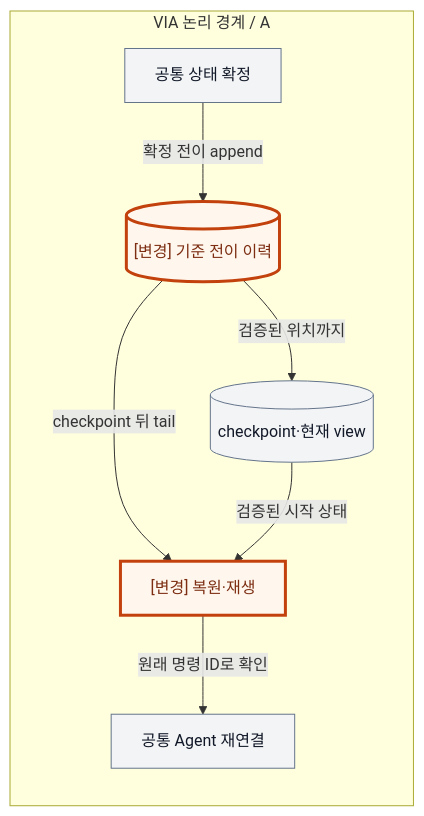
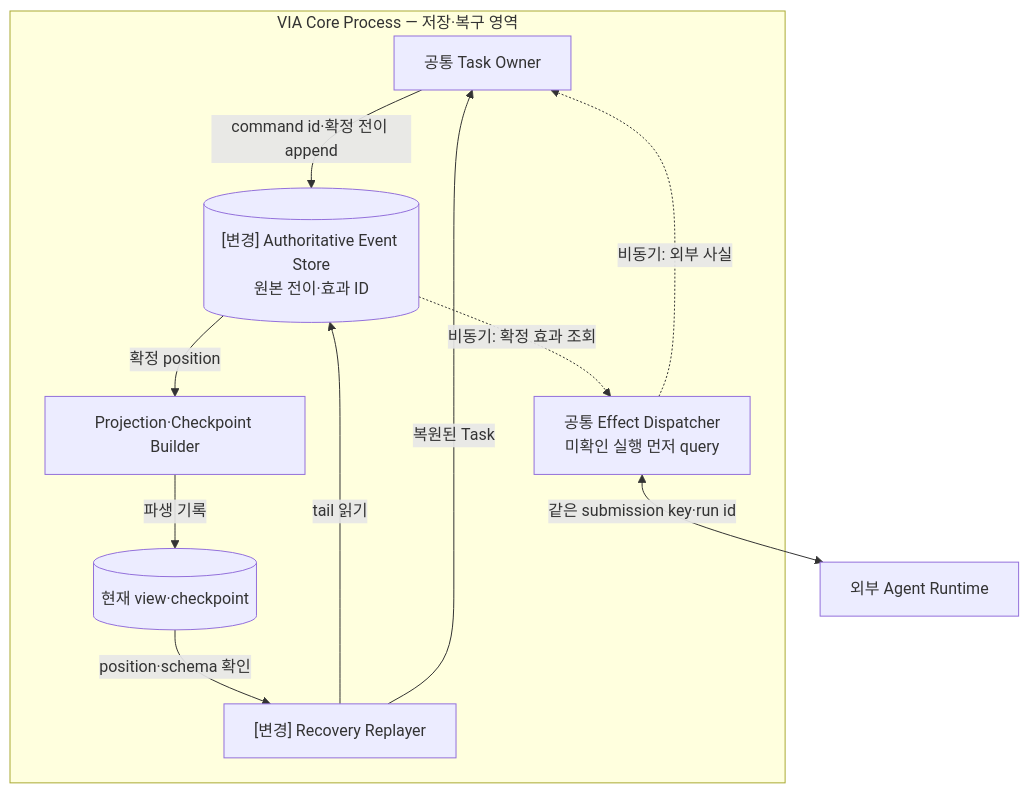
One commit to cbyche/via-sw-architecture changed the second of 4 diagrams in docs/architecture/12-decisions/via-dp-08-recovery-source.md. Above: the diagram before and after it, drawn with Mermaid. The commit also changed other lines of this file and 59 other files, not shown here.

Commit message:
docs: consolidate comprehensive VIA decision inventory and implementation diagrams

````diff
--- a/docs/architecture/12-decisions/via-dp-08-recovery-source.md
+++ b/docs/architecture/12-decisions/via-dp-08-recovery-source.md
@@ -46,16 +54,14 @@
 ```mermaid
 flowchart TB
- subgraph V["VIA 논리 경계 / A"]
- direction TB
- C["공통 상태 확정"] -->|확정 전이 append| E[("[변경] 기준 전이 이력")]
- E -->|검증된 위치까지| S[("checkpoint·현재 view")]
- E -->|checkpoint 뒤 tail| R["[변경] 복원·재생"]
- S -->|검증된 시작 상태| R
- R -->|원래 명령 ID로 확인| O["공통 Agent 재연결"]
+ subgraph V["VIA Core Process — 저장·복구 영역"]
+ T["공통 Task Owner"] -->|"command id·확정 전이 append"| E[("[변경] Authoritative Event Store<br/>원본 전이·효과 ID")]
+ E -->|"확정 position"| P["Projection·Checkpoint Builder"]
+ P -->|"파생 기록"| S[("현재 view·checkpoint")]
+ R["[변경] Recovery Replayer"] -->|"tail 읽기"| E
+ S -->|"position·schema 확인"| R
+ R -->|"복원된 Task"| T
+ E -.->|"비동기: 확정 효과 조회"| D["공통 Effect Dispatcher<br/>미확인 실행 먼저 query"]
+ D -.->|"비동기: 외부 사실"| T
  end
-
-classDef common fill:#F3F4F6,stroke:#64748B,color:#111827;
-classDef change fill:#FFF7ED,stroke:#C2410C,stroke-width:3px,color:#7C2D12;
-class C,S,O common;
-class E,R change;
+ D <-->|"같은 submission key·run id"| A["외부 Agent Runtime"]
 ```
````
